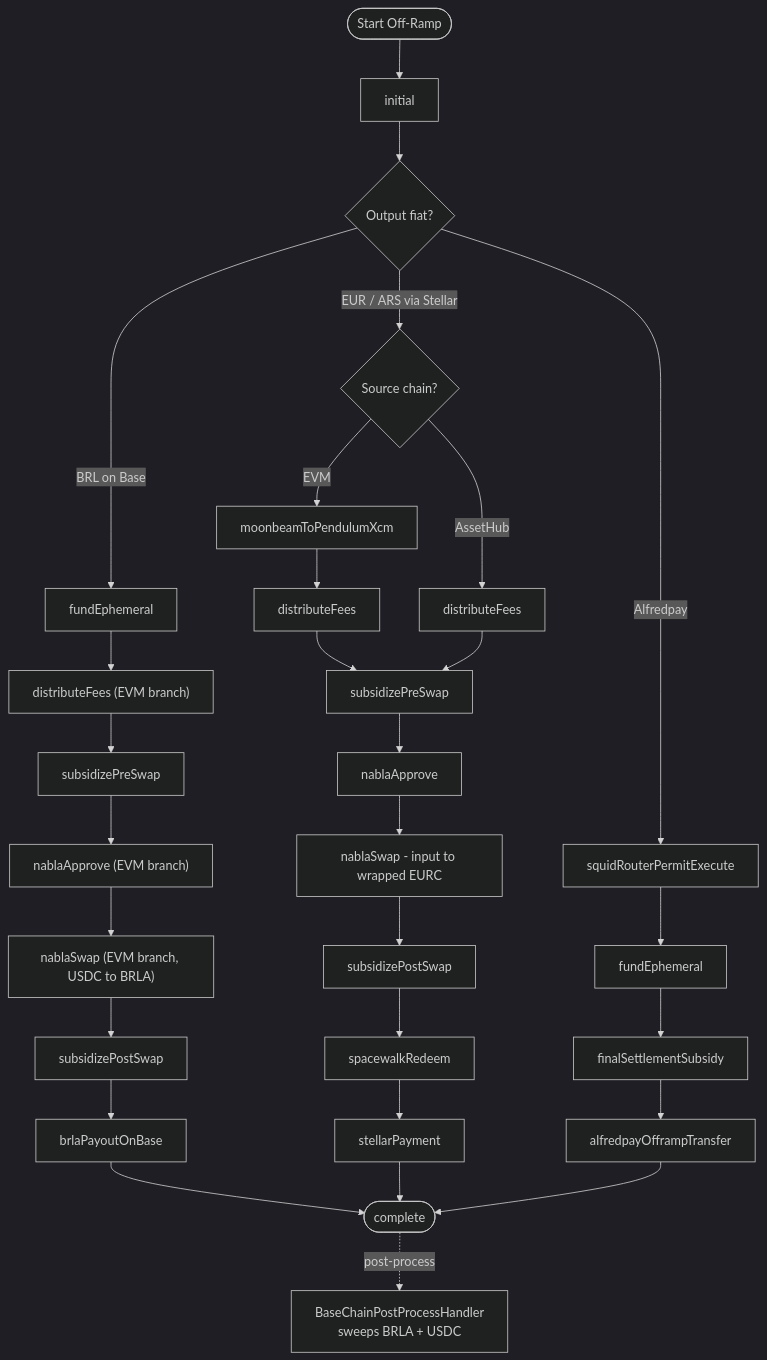
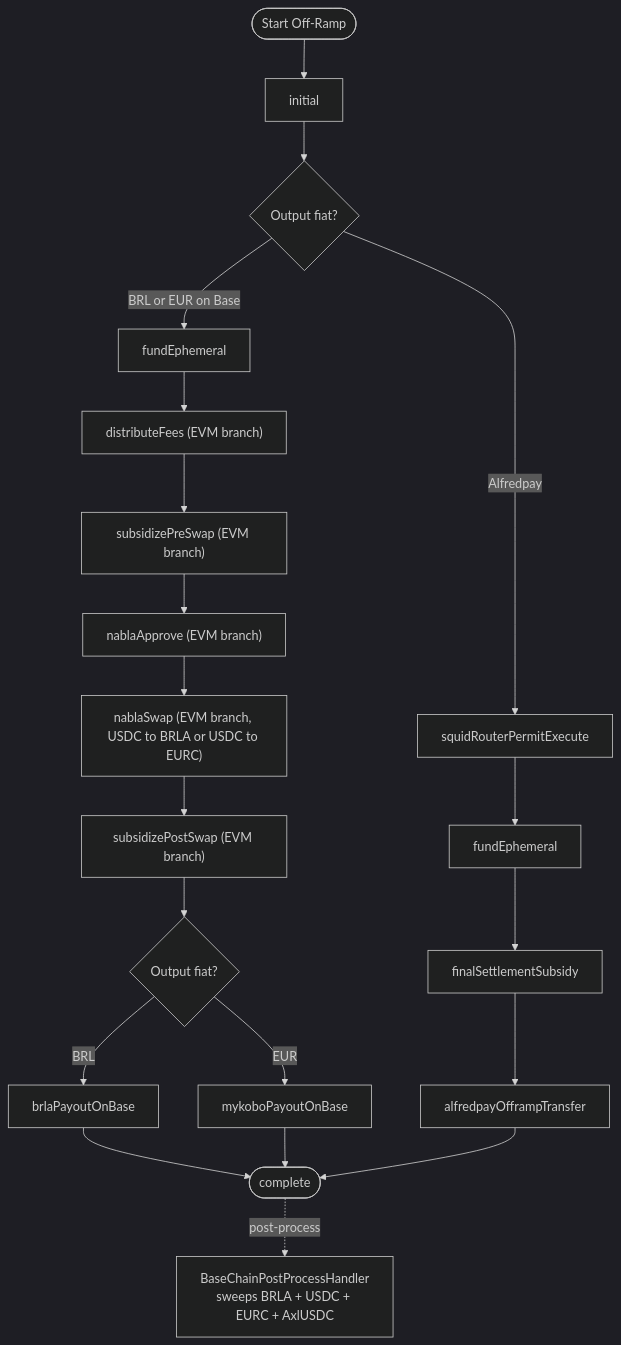
One commit to pendulum-chain/vortex changed the second of 2 diagrams in docs/security-spec/03-ramp-engine/ramp-phase-flows.md. Above: the diagram before and after it, drawn with Mermaid (dark theme). The commit also changed other lines of this file and 470 other files, not shown here.

````diff
--- a/docs/security-spec/03-ramp-engine/ramp-phase-flows.md
+++ b/docs/security-spec/03-ramp-engine/ramp-phase-flows.md
@@ -115,40 +125,32 @@
 ```mermaid
 graph TD
     Start([Start Off-Ramp]) --> Init[initial]
     Init --> Corridor{Output fiat?}
 
-    %% --- BRL via Avenia/BRLA on Base ---
+    %% --- Shared Base entry: BRL + EUR ---
     %% The user-signed Squid bridge (source EVM -> Base USDC) is submitted client-side
-    %% before the backend runtime starts; squidRouterPay is a no-op for SELL.
-    %% AssetHub -> BRL is temporarily disabled at quote eligibility.
-    Corridor -->|BRL on Base| BrlFund[fundEphemeral]
-    BrlFund --> BrlDistEvm["distributeFees (EVM branch)"]
-    BrlDistEvm --> BrlSubPreEvm[subsidizePreSwap]
-    BrlSubPreEvm --> BrlApproveEvm["nablaApprove (EVM branch)"]
-    BrlApproveEvm --> BrlSwapEvm["nablaSwap (EVM branch, USDC to BRLA)"]
-    BrlSwapEvm --> BrlSubPostEvm[subsidizePostSwap]
-    BrlSubPostEvm --> BrlPayout[brlaPayoutOnBase]
+    %% before the backend runtime starts. AssetHub -> BRL is temporarily disabled at quote eligibility.
+    Corridor -->|BRL or EUR on Base| BaseFund[fundEphemeral]
+    BaseFund --> BaseDistEvm["distributeFees (EVM branch)"]
+    BaseDistEvm --> BaseSubPreEvm["subsidizePreSwap (EVM branch)"]
+    BaseSubPreEvm --> BaseApproveEvm["nablaApprove (EVM branch)"]
+    BaseApproveEvm --> BaseSwapEvm["nablaSwap (EVM branch, USDC to BRLA or USDC to EURC)"]
+    BaseSwapEvm --> BaseSubPostEvm["subsidizePostSwap (EVM branch)"]
+    BaseSubPostEvm --> Payout{Output fiat?}
+
+    %% --- Per-corridor terminal payout phase ---
+    Payout -->|BRL| BrlPayout[brlaPayoutOnBase]
+    Payout -->|EUR| MykPayout[mykoboPayoutOnBase]
     BrlPayout --> Complete([complete])
-    Complete -.post-process.-> BaseCleanup[BaseChainPostProcessHandler<br/>sweeps BRLA + USDC]
+    MykPayout --> Complete
 
-    %% --- Stellar-anchored fiat (EUR / ARS) ---
-    Corridor -->|EUR / ARS via Stellar| StellarStart{Source chain?}
-    StellarStart -->|EVM| MoonToPendulum[moonbeamToPendulumXcm]
-    StellarStart -->|AssetHub| AhDist[distributeFees]
-    MoonToPendulum --> EvmDist[distributeFees]
-    EvmDist --> SubPre[subsidizePreSwap]
-    AhDist --> SubPre
-    SubPre --> NablaApprove[nablaApprove]
-    NablaApprove --> NablaSwap[nablaSwap - input to wrapped EURC]
-    NablaSwap --> SubPost[subsidizePostSwap]
-    SubPost --> Spacewalk[spacewalkRedeem]
-    Spacewalk --> StellarPay[stellarPayment]
-    StellarPay --> Complete
+    %% --- Base post-process cleanup (after complete, out-of-flow) ---
+    Complete -.post-process.-> BaseCleanup[BaseChainPostProcessHandler<br/>sweeps BRLA + USDC + EURC + AxlUSDC]
 
-    %% --- Alfredpay ---
+    %% --- Alfredpay (Polygon, different chain) ---
     Corridor -->|Alfredpay| AfPermit[squidRouterPermitExecute]
     AfPermit --> AfFund[fundEphemeral]
     AfFund --> AfFinalSubsidy[finalSettlementSubsidy]
     AfFinalSubsidy --> AfTransfer[alfredpayOfframpTransfer]
     AfTransfer --> Complete
 ```
````
